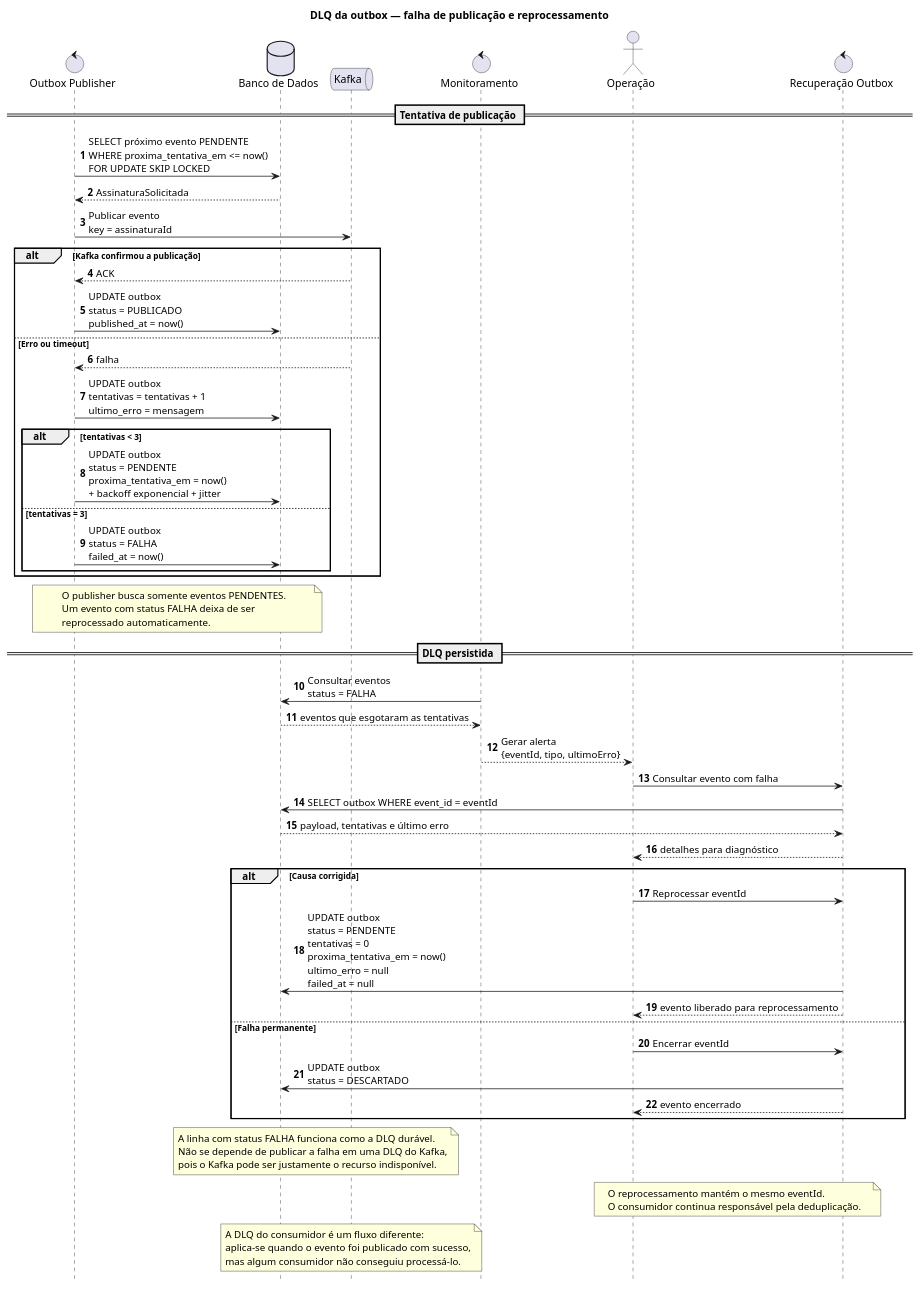
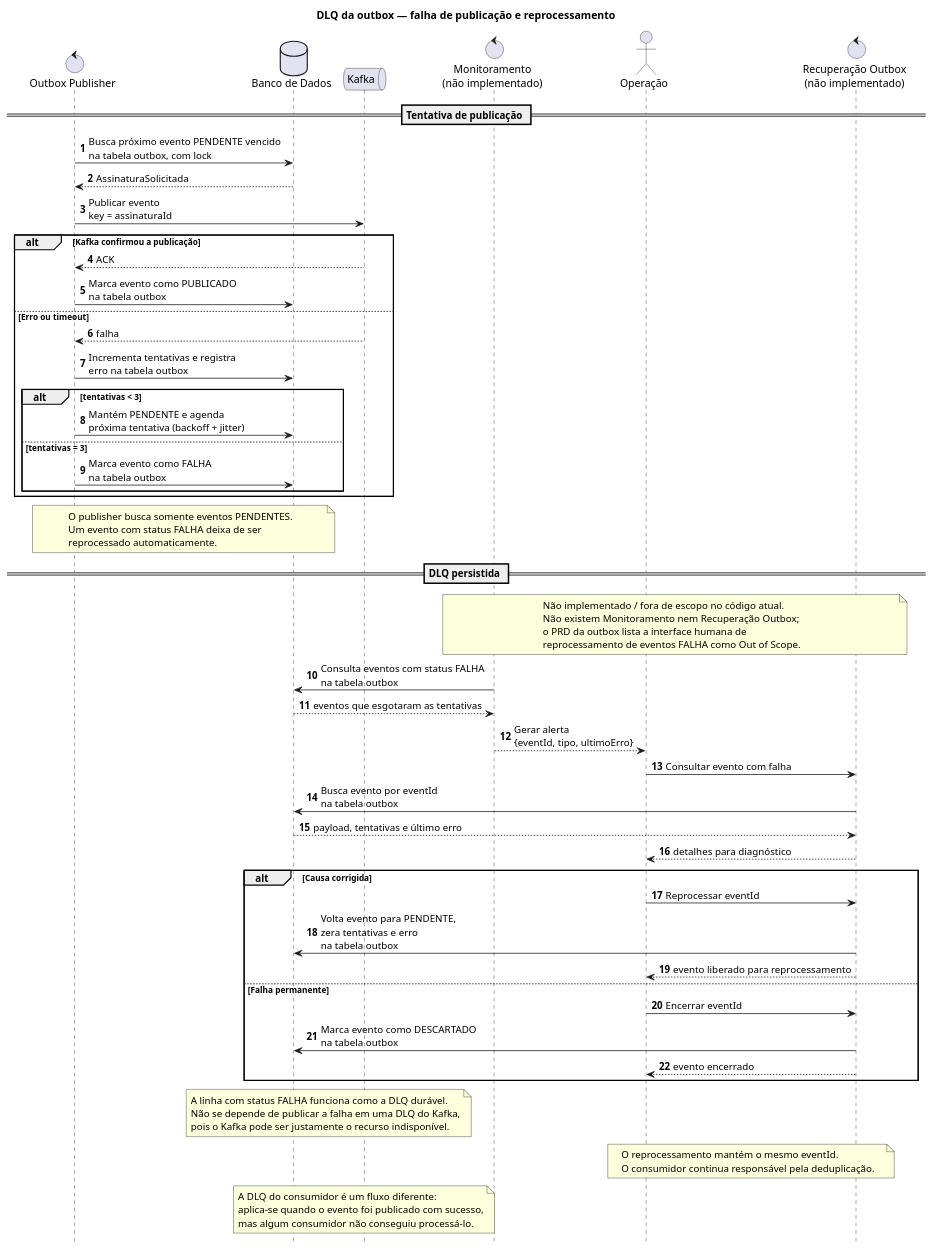
One commit to fabriciosouza21/assinatura changed the diagram in docs/adesao/outbox-dlq-assinatura-solicitada.puml. Above: the diagram before and after it, drawn with PlantUML. The commit also changed 18 other files, not shown here.

First line of the commit message:
docs: sincroniza diagramas plantuml com a implementacao atual

```diff
--- a/docs/adesao/outbox-dlq-assinatura-solicitada.puml
+++ b/docs/adesao/outbox-dlq-assinatura-solicitada.puml
@@ -1,79 +1,86 @@
 @startuml
 title DLQ da outbox — falha de publicação e reprocessamento
 
 autonumber
 hide footbox
 skinparam responseMessageBelowArrow true
 
 control "Outbox Publisher" as OP
 database "Banco de Dados" as DB
 queue "Kafka" as KAFKA
-control "Monitoramento" as MON
+control "Monitoramento\n(não implementado)" as MON
 actor "Operação" as OPS
-control "Recuperação Outbox" as REC
+control "Recuperação Outbox\n(não implementado)" as REC
 
 == Tentativa de publicação ==
 
-OP -> DB: SELECT próximo evento PENDENTE\nWHERE proxima_tentativa_em <= now()\nFOR UPDATE SKIP LOCKED
+OP -> DB: Busca próximo evento PENDENTE vencido\nna tabela outbox, com lock
 DB --> OP: AssinaturaSolicitada
 OP -> KAFKA: Publicar evento\nkey = assinaturaId
 
 alt Kafka confirmou a publicação
   KAFKA --> OP: ACK
-  OP -> DB: UPDATE outbox\nstatus = PUBLICADO\npublished_at = now()
+  OP -> DB: Marca evento como PUBLICADO\nna tabela outbox
 else Erro ou timeout
   KAFKA --> OP: falha
-  OP -> DB: UPDATE outbox\ntentativas = tentativas + 1\nultimo_erro = mensagem
+  OP -> DB: Incrementa tentativas e registra\nerro na tabela outbox
 
   alt tentativas < 3
-    OP -> DB: UPDATE outbox\nstatus = PENDENTE\nproxima_tentativa_em = now()\n+ backoff exponencial + jitter
+    OP -> DB: Mantém PENDENTE e agenda\npróxima tentativa (backoff + jitter)
   else tentativas = 3
-    OP -> DB: UPDATE outbox\nstatus = FALHA\nfailed_at = now()
+    OP -> DB: Marca evento como FALHA\nna tabela outbox
   end
 end
 
 note over OP, DB
   O publisher busca somente eventos PENDENTES.
   Um evento com status FALHA deixa de ser
   reprocessado automaticamente.
 end note
 
 == DLQ persistida ==
 
-MON -> DB: Consultar eventos\nstatus = FALHA
+note over MON, REC
+  Não implementado / fora de escopo no código atual.
+  Não existem Monitoramento nem Recuperação Outbox;
+  o PRD da outbox lista a interface humana de
+  reprocessamento de eventos FALHA como Out of Scope.
+end note
+
+MON -> DB: Consulta eventos com status FALHA\nna tabela outbox
 DB --> MON: eventos que esgotaram as tentativas
 MON --> OPS: Gerar alerta\n{eventId, tipo, ultimoErro}
 
 OPS -> REC: Consultar evento com falha
-REC -> DB: SELECT outbox WHERE event_id = eventId
+REC -> DB: Busca evento por eventId\nna tabela outbox
 DB --> REC: payload, tentativas e último erro
 REC --> OPS: detalhes para diagnóstico
 
 alt Causa corrigida
   OPS -> REC: Reprocessar eventId
-  REC -> DB: UPDATE outbox\nstatus = PENDENTE\ntentativas = 0\nproxima_tentativa_em = now()\nultimo_erro = null\nfailed_at = null
+  REC -> DB: Volta evento para PENDENTE,\nzera tentativas e erro\nna tabela outbox
   REC --> OPS: evento liberado para reprocessamento
 else Falha permanente
   OPS -> REC: Encerrar eventId
-  REC -> DB: UPDATE outbox\nstatus = DESCARTADO
+  REC -> DB: Marca evento como DESCARTADO\nna tabela outbox
   REC --> OPS: evento encerrado
 end
 
 note over DB, KAFKA
   A linha com status FALHA funciona como a DLQ durável.
   Não se depende de publicar a falha em uma DLQ do Kafka,
   pois o Kafka pode ser justamente o recurso indisponível.
 end note
 
 note over OPS, REC
   O reprocessamento mantém o mesmo eventId.
   O consumidor continua responsável pela deduplicação.
 end note
 
 note over KAFKA
   A DLQ do consumidor é um fluxo diferente:
   aplica-se quando o evento foi publicado com sucesso,
   mas algum consumidor não conseguiu processá-lo.
 end note
 
 @enduml
```
